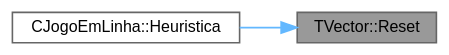
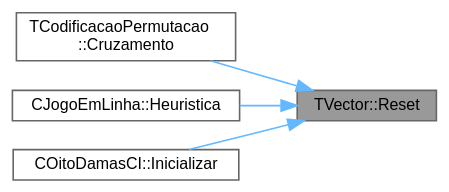
One commit to jcoelho72/TProcura changed the diagram in classTVector_ab36bc3093e75aa4d710d7c9b9c1ca7bd_icgraph.dot. Above: the diagram before and after it, drawn with Graphviz. The commit also changed 366 other files, not shown here.

```diff
--- a/classTVector_ab36bc3093e75aa4d710d7c9b9c1ca7bd_icgraph.dot
+++ b/classTVector_ab36bc3093e75aa4d710d7c9b9c1ca7bd_icgraph.dot
@@ -1,11 +1,15 @@
 digraph "TVector::Reset"
 {
  // LATEX_PDF_SIZE
   bgcolor="transparent";
   edge [fontname=Helvetica,fontsize=10,labelfontname=Helvetica,labelfontsize=10];
   node [fontname=Helvetica,fontsize=10,shape=box,height=0.2,width=0.4];
   rankdir="RL";
   Node1 [id="Node000001",label="TVector::Reset",height=0.2,width=0.4,color="gray40", fillcolor="grey60", style="filled", fontcolor="black",tooltip="Preenche todo o vetor com um mesmo valor."];
-  Node1 -> Node2 [id="edge2_Node000001_Node000002",dir="back",color="steelblue1",style="solid",tooltip=" "];
-  Node2 [id="Node000002",label="CJogoEmLinha::Heuristica",height=0.2,width=0.4,color="grey40", fillcolor="white", style="filled",URL="$classCJogoEmLinha.html#afe8d4a92e1840c1436c295c5a13760db",tooltip="Função para calcular quanto falta para o final, o valor da heurística."];
+  Node1 -> Node2 [id="edge4_Node000001_Node000002",dir="back",color="steelblue1",style="solid",tooltip=" "];
+  Node2 [id="Node000002",label="TCodificacaoPermutacao\l::Cruzamento",height=0.2,width=0.4,color="grey40", fillcolor="white", style="filled",URL="$classTCodificacaoPermutacao.html#a5d189994f033f59a881c985604b959dc",tooltip=" "];
+  Node1 -> Node3 [id="edge5_Node000001_Node000003",dir="back",color="steelblue1",style="solid",tooltip=" "];
+  Node3 [id="Node000003",label="CJogoEmLinha::Heuristica",height=0.2,width=0.4,color="grey40", fillcolor="white", style="filled",URL="$classCJogoEmLinha.html#afe8d4a92e1840c1436c295c5a13760db",tooltip="Função para calcular quanto falta para o final, o valor da heurística."];
+  Node1 -> Node4 [id="edge6_Node000001_Node000004",dir="back",color="steelblue1",style="solid",tooltip=" "];
+  Node4 [id="Node000004",label="COitoDamasCI::Inicializar",height=0.2,width=0.4,color="grey40", fillcolor="white", style="filled",URL="$classCOitoDamasCI.html#a5c4340c008bd04f699951906166d19f2",tooltip="Coloca o objecto no estado inicial da procura."];
 }
```
